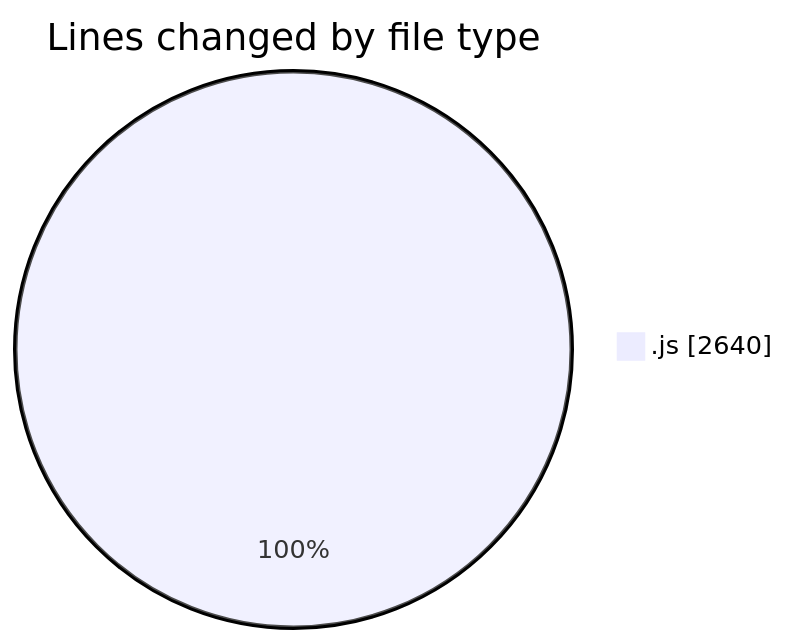
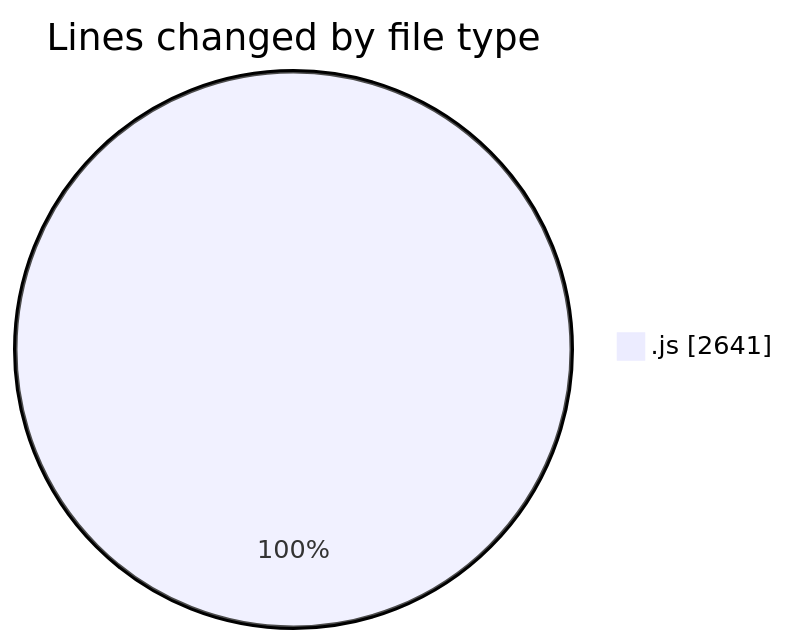
Before and after one commit to nxtqubesakshisongat/code-tracking: the first of 2 diagrams in 2025-09-02/nxtqube_webapp/README.md, drawn with Mermaid. The commit also changed other lines of this file and 1 other file, not shown here.

````diff
--- a/2025-09-02/nxtqube_webapp/README.md
+++ b/2025-09-02/nxtqube_webapp/README.md
@@ -20,5 +20,5 @@
 ```mermaid
 pie showData
 title Lines changed by file type
-".js" : 2640
+".js" : 2641
 ```
````
